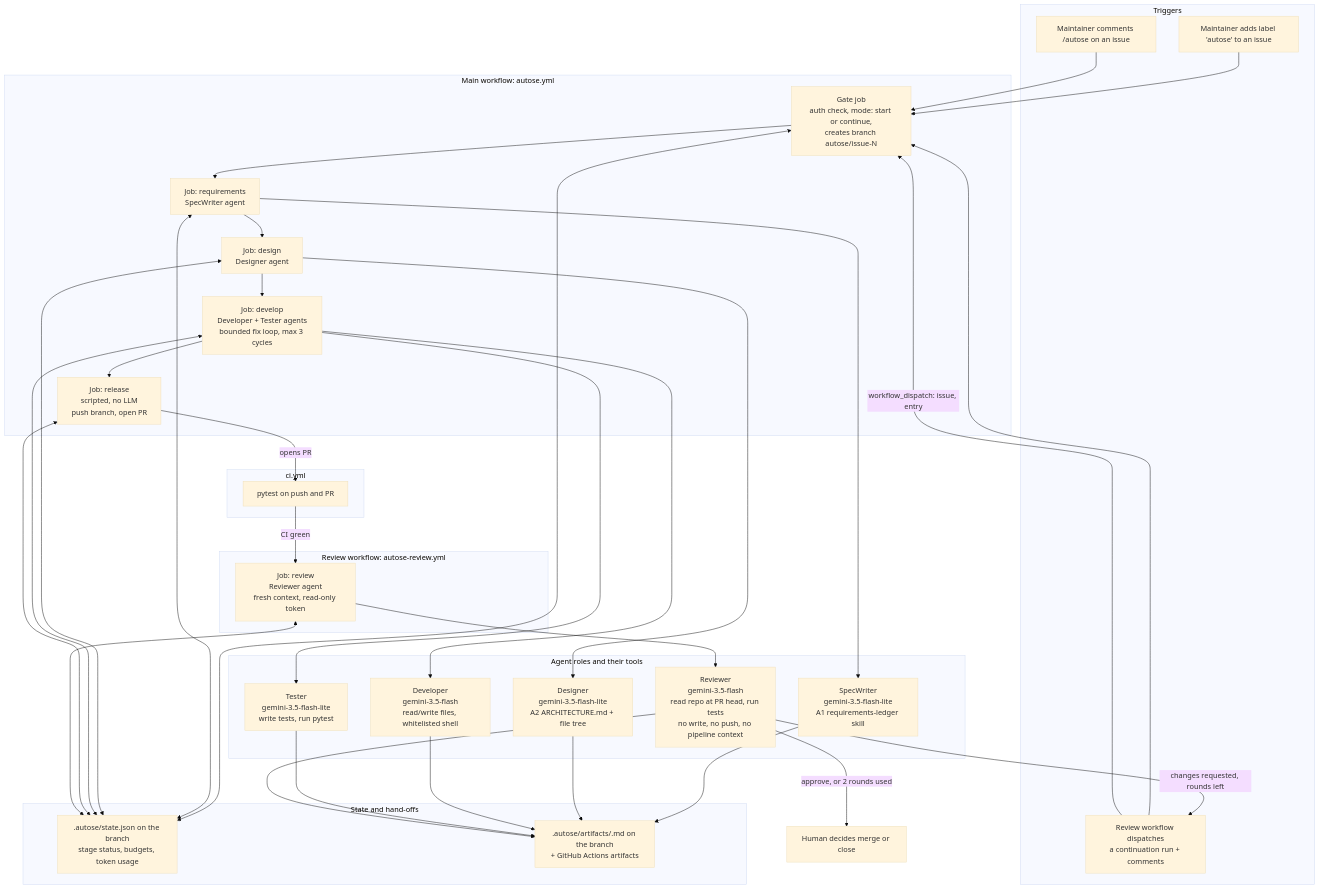
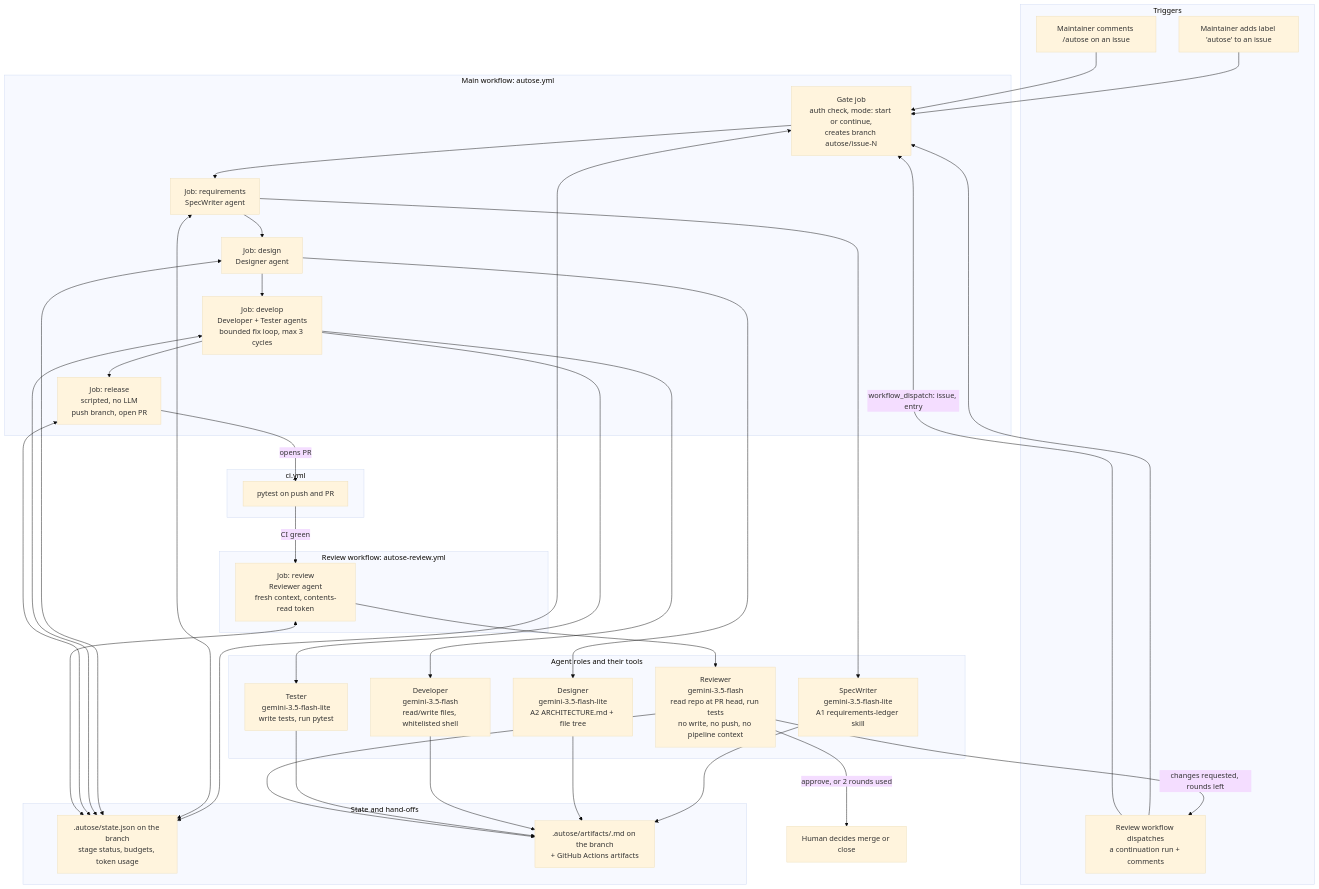
Before and after one commit to panemchaitanya/AutoSE_A3: the diagram in architecture/views/component-view.md, drawn with Mermaid (base theme). The commit also changed other lines of this file and 2 other files, not shown here.

````diff
--- a/architecture/views/component-view.md
+++ b/architecture/views/component-view.md
@@ -6,58 +6,58 @@
 ```mermaid
 graph TD
     subgraph Triggers
         L[Maintainer adds label 'autose' to an issue]
         C[Maintainer comments /autose on an issue]
         F[Review workflow dispatches<br/>a continuation run + comments]
     end
 
     subgraph autose.yml [Main workflow: autose.yml]
         GATE[Gate job<br/>auth check, mode: start or continue,<br/>creates branch autose/issue-N]
         REQ[Job: requirements<br/>SpecWriter agent]
         DES[Job: design<br/>Designer agent]
         DEV[Job: develop<br/>Developer + Tester agents<br/>bounded fix loop, max 3 cycles]
         REL[Job: release<br/>scripted, no LLM<br/>push branch, open PR]
         GATE --> REQ --> DES --> DEV --> REL
     end
 
     subgraph review.yml [Review workflow: autose-review.yml]
-        REV[Job: review<br/>Reviewer agent<br/>fresh context, read-only token]
+        REV[Job: review<br/>Reviewer agent<br/>fresh context, contents-read token]
     end
 
     subgraph CI [ci.yml]
         TESTS[pytest on push and PR]
     end
 
     subgraph Agents [Agent roles and their tools]
         SW[SpecWriter<br/>gemini-3.5-flash-lite<br/>A1 requirements-ledger skill]
         DS[Designer<br/>gemini-3.5-flash-lite<br/>A2 ARCHITECTURE.md + file tree]
         DV[Developer<br/>gemini-3.5-flash<br/>read/write files, whitelisted shell]
         TS[Tester<br/>gemini-3.5-flash-lite<br/>write tests, run pytest]
         RW[Reviewer<br/>gemini-3.5-flash<br/>read repo at PR head, run tests<br/>no write, no push, no pipeline context]
     end
 
     subgraph State [State and hand-offs]
         ST[.autose/state.json on the branch<br/>stage status, budgets, token usage]
         AR[.autose/artifacts/<stage>.md on the branch<br/>+ GitHub Actions artifacts]
     end
 
     L --> GATE
     C --> GATE
     F --> GATE
     REQ --> SW --> AR
     DES --> DS --> AR
     DEV --> DV --> AR
     DEV --> TS --> AR
     REL -->|opens PR| TESTS
     TESTS -->|CI green| REV
     REV --> RW --> AR
     RW -->|changes requested, rounds left| F
     F -->|workflow_dispatch: issue, entry| GATE
     RW -->|approve, or 2 rounds used| H[Human decides merge or close]
     GATE <--> ST
     REQ <--> ST
     DES <--> ST
     DEV <--> ST
     REL <--> ST
     REV <--> ST
 ```
````
